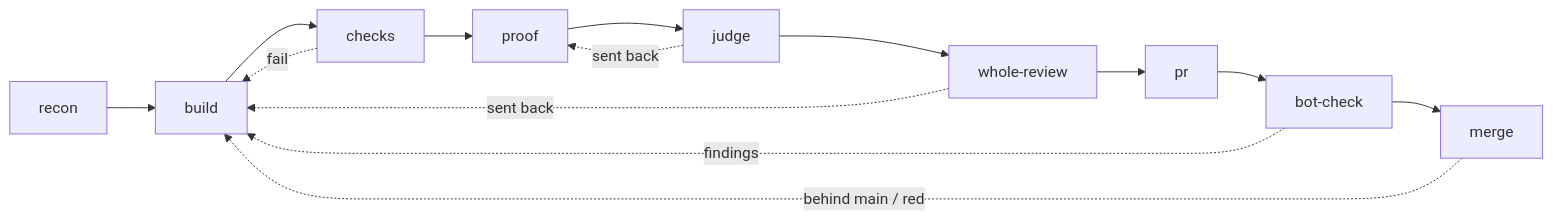
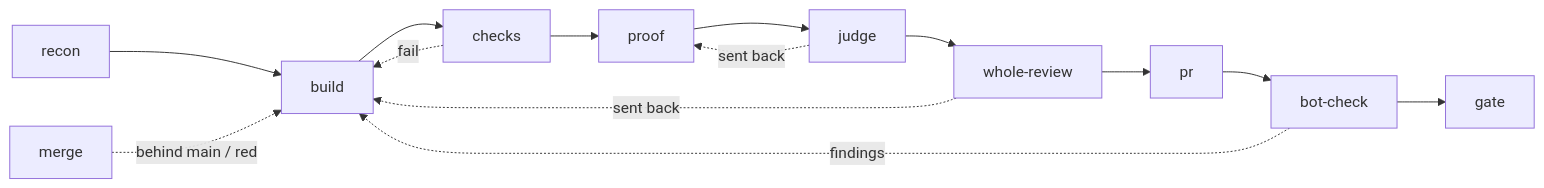
Before and after one commit to jcoble/mac-command-bar: the second of 4 diagrams in docs/plans/2026-10-21/workflow-redesign/design.md, drawn with Mermaid. The commit also changed other lines of this file and 5 other files, not shown here.

````diff
--- a/docs/plans/2026-10-21/workflow-redesign/design.md
+++ b/docs/plans/2026-10-21/workflow-redesign/design.md
@@ -288,9 +282,9 @@
 ```mermaid
 flowchart LR
-  recon --> build --> checks --> proof --> judge --> review[whole-review] --> pr --> bot[bot-check] --> merge
+  recon --> build --> checks --> proof --> judge --> review[whole-review] --> pr --> bot[bot-check] --> gate
   checks -. fail .-> build
   judge -. sent back .-> proof
   review -. sent back .-> build
   bot -. findings .-> build
   merge -. behind main / red .-> build
 ```
````
